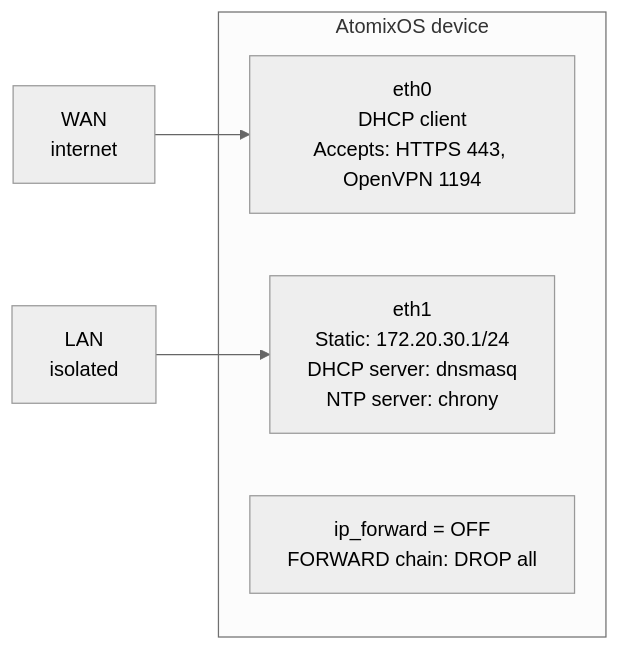
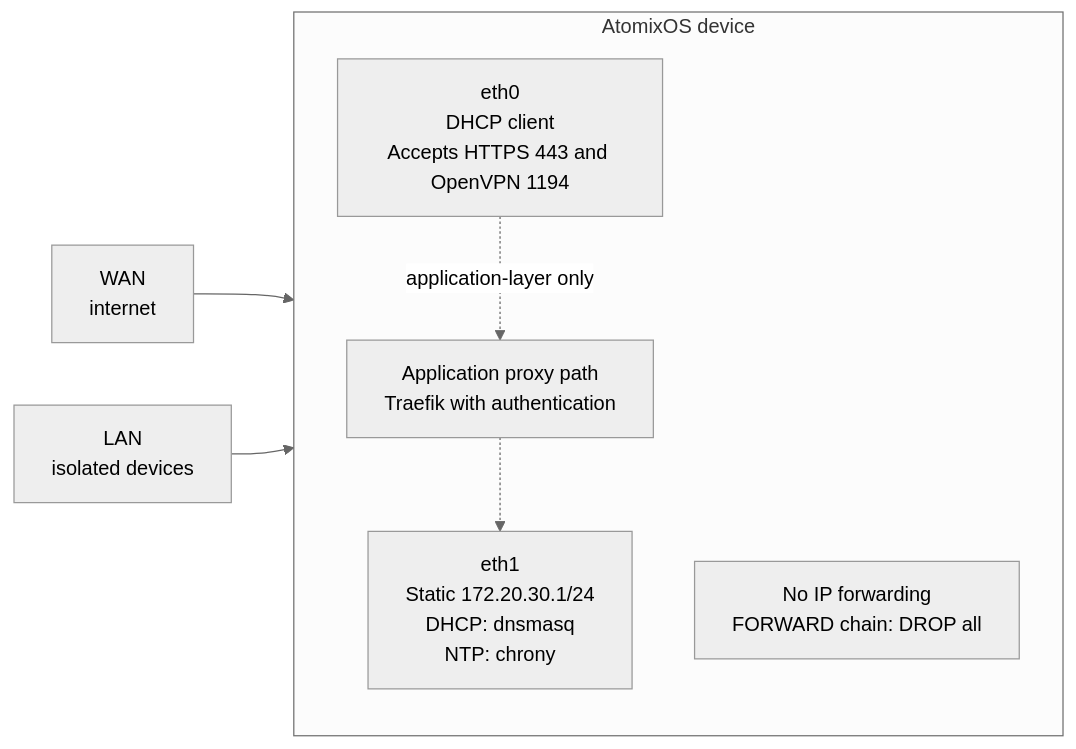
Before and after one commit to RobertDeRose/atomixos: the diagram in docs/src/architecture/network-topology.md, drawn with Mermaid (neutral theme). The commit also changed 32 other files, not shown here.

````diff
--- a/docs/src/architecture/network-topology.md
+++ b/docs/src/architecture/network-topology.md
@@ -8,11 +8,16 @@
 ```mermaid
 flowchart LR
-    WAN["WAN<br/>internet"] --> ETH0["eth0<br/>DHCP client<br/>Accepts: HTTPS 443, OpenVPN 1194"]
-    LAN["LAN<br/>isolated"] --> ETH1["eth1<br/>Static: 172.20.30.1/24<br/>DHCP server: dnsmasq<br/>NTP server: chrony"]
+    WAN["WAN<br/>internet"] --> ETH0["eth0<br/>DHCP client<br/>Accepts HTTPS 443 and OpenVPN 1194"]
+    LAN["LAN<br/>isolated devices"] --> ETH1["eth1<br/>Static 172.20.30.1/24<br/>DHCP: dnsmasq<br/>NTP: chrony"]
 
     subgraph DEVICE["AtomixOS device"]
+        direction TB
         ETH0
-        CORE["ip_forward = OFF<br/>FORWARD chain: DROP all"]
+        CORE["No IP forwarding<br/>FORWARD chain: DROP all"]
         ETH1
+        PROXY["Application proxy path<br/>Traefik with authentication"]
     end
+
+    ETH0 -. application-layer only .-> PROXY
+    PROXY -.-> ETH1
 ```
````
